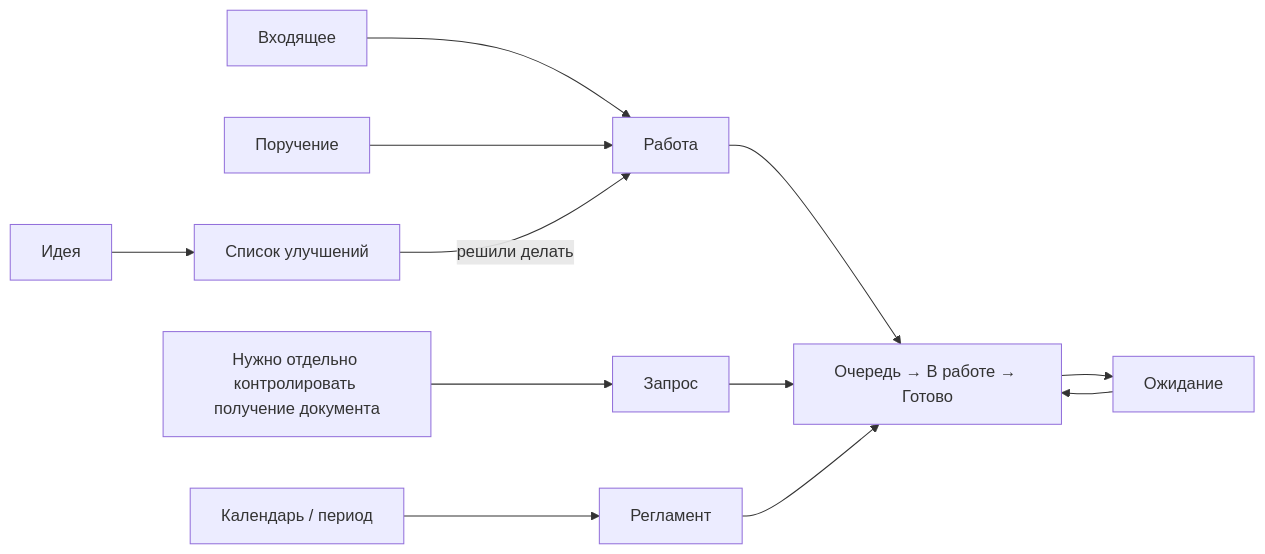
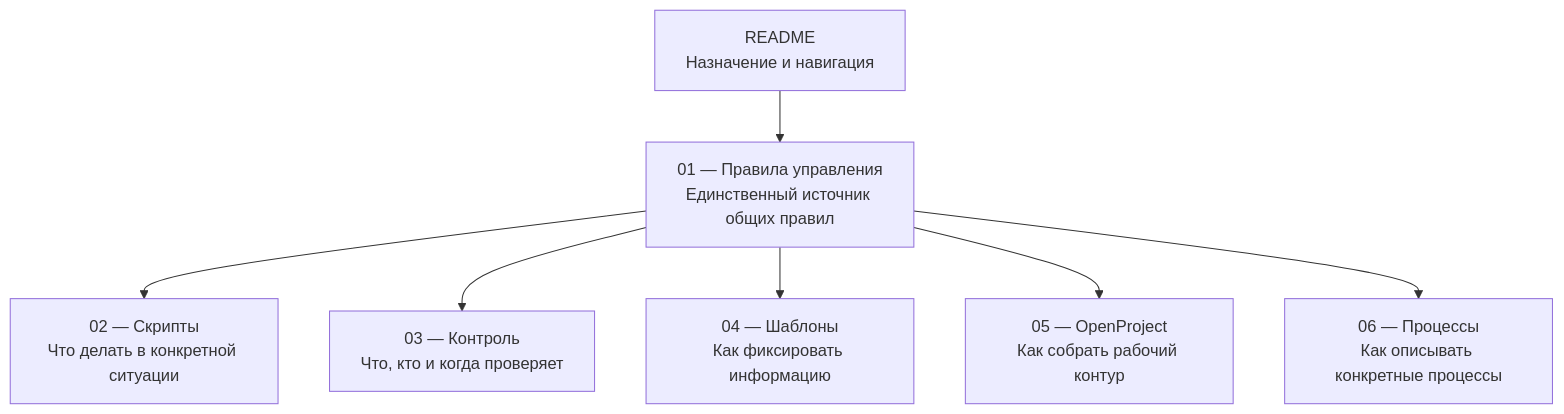
The diagram in README.md (lazuale/department), drawn with Mermaid before and after one commit. The commit also changed other lines of this file, not shown here.

````diff
--- a/README.md
+++ b/README.md
@@ -22,15 +21,9 @@
 ```mermaid
-flowchart LR
-    A[Входящее] --> W[Работа]
-    B[Нужно отдельно контролировать получение документа] --> Q[Запрос]
-    C[Календарь / период] --> R[Регламент]
-    D[Поручение] --> W
-    I[Идея] --> J[Список улучшений]
-    J -->|решили делать| W
-
-    W --> S[Очередь → В работе → Готово]
-    Q --> S
-    R --> S
-    S --> O[Ожидание]
-    O --> S
+flowchart TD
+    A[README\nНазначение и навигация] --> B[01 — Правила управления\nЕдинственный источник общих правил]
+    B --> C[02 — Скрипты\nЧто делать в конкретной ситуации]
+    B --> D[03 — Контроль\nЧто, кто и когда проверяет]
+    B --> E[04 — Шаблоны\nКак фиксировать информацию]
+    B --> F[05 — OpenProject\nКак собрать рабочий контур]
+    B --> G[06 — Процессы\nКак описывать конкретные процессы]
 ```
````
